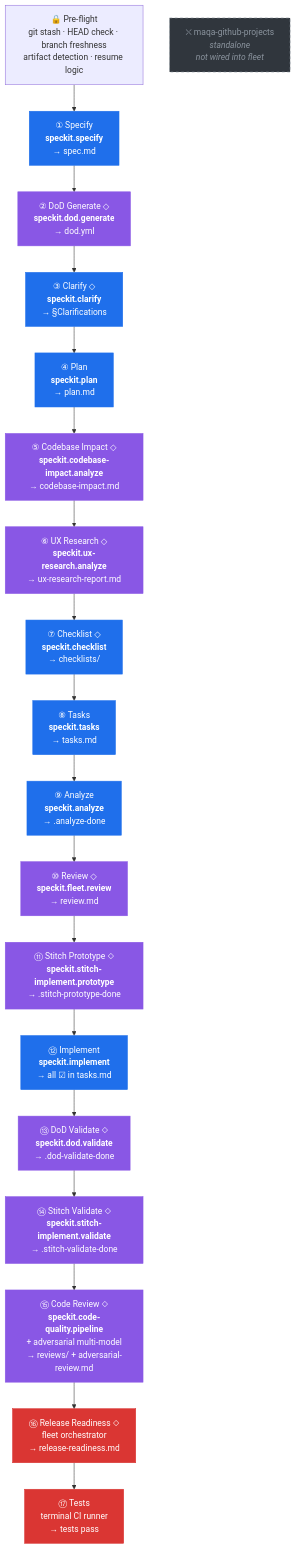
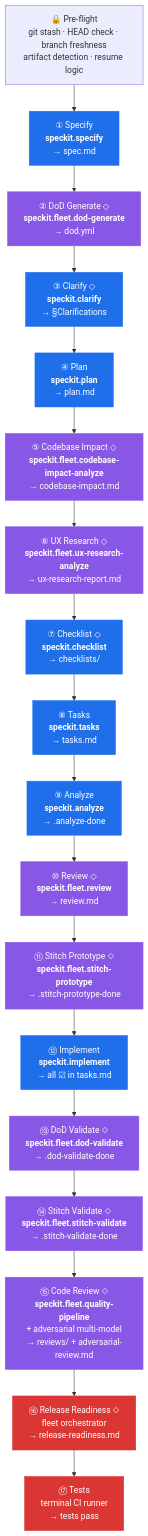
Before and after one commit to danieldekay/spec-kit-extensions: the diagram in extensions/fleet/README.md, drawn with Mermaid. The commit also changed other lines of this file and 43 other files, not shown here.

````diff
--- a/extensions/fleet/README.md
+++ b/extensions/fleet/README.md
@@ -133,40 +183,32 @@
 ```mermaid
 flowchart TD
-    %% ── Styles ──
     classDef core fill:#1f6feb,stroke:#1f6feb,color:#fff
-    classDef ext fill:#8957e5,stroke:#8957e5,color:#fff
+    classDef bundled fill:#8957e5,stroke:#8957e5,color:#fff
     classDef fleet fill:#da3633,stroke:#da3633,color:#fff
-    classDef notint fill:#30363d,stroke:#8b949e,color:#8b949e,stroke-dasharray:5 5
 
-    %% ── Pre-flight ──
     PRE["🔒 Pre-flight<br/>git stash · HEAD check · branch freshness<br/>artifact detection · resume logic"]
 
-    %% ── Phase nodes ──
     P1["① Specify<br/><b>speckit.specify</b><br/>→ spec.md"]:::core
-    P2["② DoD Generate ◇<br/><b>speckit.dod.generate</b><br/>→ dod.yml"]:::ext
+    P2["② DoD Generate ◇<br/><b>speckit.fleet.dod-generate</b><br/>→ dod.yml"]:::bundled
     P3["③ Clarify ◇<br/><b>speckit.clarify</b><br/>→ §Clarifications"]:::core
     P4["④ Plan<br/><b>speckit.plan</b><br/>→ plan.md"]:::core
-    P5["⑤ Codebase Impact ◇<br/><b>speckit.codebase-impact.analyze</b><br/>→ codebase-impact.md"]:::ext
-    P6["⑥ UX Research ◇<br/><b>speckit.ux-research.analyze</b><br/>→ ux-research-report.md"]:::ext
+    P5["⑤ Codebase Impact ◇<br/><b>speckit.fleet.codebase-impact-analyze</b><br/>→ codebase-impact.md"]:::bundled
+    P6["⑥ UX Research ◇<br/><b>speckit.fleet.ux-research-analyze</b><br/>→ ux-research-report.md"]:::bundled
     P7["⑦ Checklist ◇<br/><b>speckit.checklist</b><br/>→ checklists/"]:::core
     P8["⑧ Tasks<br/><b>speckit.tasks</b><br/>→ tasks.md"]:::core
     P9["⑨ Analyze<br/><b>speckit.analyze</b><br/>→ .analyze-done"]:::core
-    P10["⑩ Review ◇<br/><b>speckit.fleet.review</b><br/>→ review.md"]:::ext
-    P11["⑪ Stitch Prototype ◇<br/><b>speckit.stitch-implement.prototype</b><br/>→ .stitch-prototype-done"]:::ext
+    P10["⑩ Review ◇<br/><b>speckit.fleet.review</b><br/>→ review.md"]:::bundled
+    P11["⑪ Stitch Prototype ◇<br/><b>speckit.fleet.stitch-prototype</b><br/>→ .stitch-prototype-done"]:::bundled
     P12["⑫ Implement<br/><b>speckit.implement</b><br/>→ all ☑ in tasks.md"]:::core
-    P13["⑬ DoD Validate ◇<br/><b>speckit.dod.validate</b><br/>→ .dod-validate-done"]:::ext
-    P14["⑭ Stitch Validate ◇<br/><b>speckit.stitch-implement.validate</b><br/>→ .stitch-validate-done"]:::ext
-    P15["⑮ Code Review ◇<br/><b>speckit.code-quality.pipeline</b><br/>+ adversarial multi-model<br/>→ reviews/ + adversarial-review.md"]:::ext
+    P13["⑬ DoD Validate ◇<br/><b>speckit.fleet.dod-validate</b><br/>→ .dod-validate-done"]:::bundled
+    P14["⑭ Stitch Validate ◇<br/><b>speckit.fleet.stitch-validate</b><br/>→ .stitch-validate-done"]:::bundled
+    P15["⑮ Code Review ◇<br/><b>speckit.fleet.quality-pipeline</b><br/>+ adversarial multi-model<br/>→ reviews/ + adversarial-review.md"]:::bundled
     P16["⑯ Release Readiness ◇<br/>fleet orchestrator<br/>→ release-readiness.md"]:::fleet
     P17["⑰ Tests<br/>terminal CI runner<br/>→ tests pass"]:::fleet
 
-    %% ── Not integrated ──
-    NI_MAQA["⛌ maqa-github-projects<br/><i>standalone</i><br/><i>not wired into fleet</i>"]:::notint
-
-    %% ── Flow ──
     PRE --> P1
     P1 --> P2 --> P3 --> P4 --> P5 --> P6
     P6 --> P7 --> P8 --> P9 --> P10 --> P11
     P11 --> P12 --> P13 --> P14 --> P15
     P15 --> P16 --> P17
 ```
````
